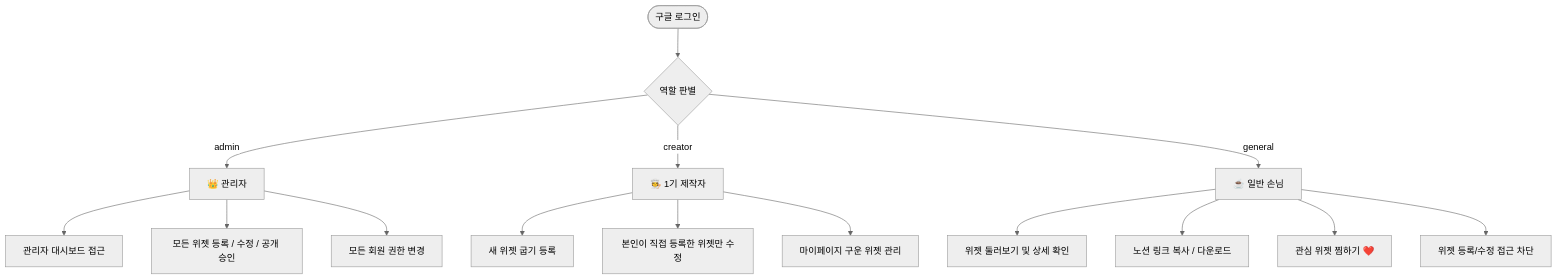
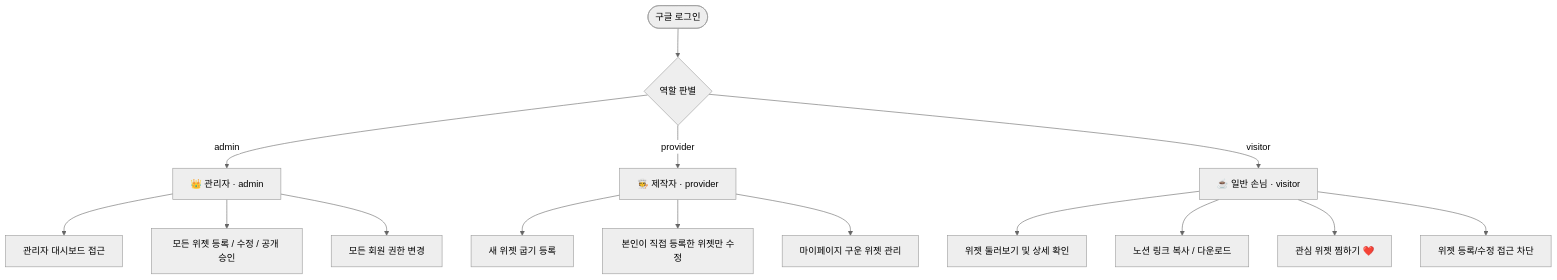
Before and after one commit to notion-gaebalhaetsyu/notion-gaebalhaetsyu: the diagram in README.md, drawn with Mermaid (neutral theme). The commit also changed other lines of this file and 13 other files, not shown here.

Commit message:
feat: 권한 명칭을 admin, provider, visitor로 통일 및 cohort_invites role 필드 연동

````diff
--- a/README.md
+++ b/README.md
@@ -21,21 +21,21 @@
 ```mermaid
 graph TD
     User([구글 로그인]) --> CheckRole{역할 판별}
     
-    CheckRole -->|admin| Admin[👑 관리자]
-    CheckRole -->|creator| Creator[🧑‍🍳 1기 제작자]
-    CheckRole -->|general| General[☕ 일반 손님]
+    CheckRole -->|admin| Admin[👑 관리자 · admin]
+    CheckRole -->|provider| Provider[🧑‍🍳 제작자 · provider]
+    CheckRole -->|visitor| Visitor[☕ 일반 손님 · visitor]
     
     Admin --> A1[관리자 대시보드 접근]
     Admin --> A2[모든 위젯 등록 / 수정 / 공개 승인]
     Admin --> A3[모든 회원 권한 변경]
     
-    Creator --> C1[새 위젯 굽기 등록]
-    Creator --> C2[본인이 직접 등록한 위젯만 수정]
-    Creator --> C3[마이페이지 구운 위젯 관리]
+    Provider --> P1[새 위젯 굽기 등록]
+    Provider --> P2[본인이 직접 등록한 위젯만 수정]
+    Provider --> P3[마이페이지 구운 위젯 관리]
     
-    General --> G1[위젯 둘러보기 및 상세 확인]
-    General --> G2[노션 링크 복사 / 다운로드]
-    General --> G3[관심 위젯 찜하기 ❤️]
-    General --> G4[위젯 등록/수정 접근 차단]
+    Visitor --> V1[위젯 둘러보기 및 상세 확인]
+    Visitor --> V2[노션 링크 복사 / 다운로드]
+    Visitor --> V3[관심 위젯 찜하기 ❤️]
+    Visitor --> V4[위젯 등록/수정 접근 차단]
 ```
````
